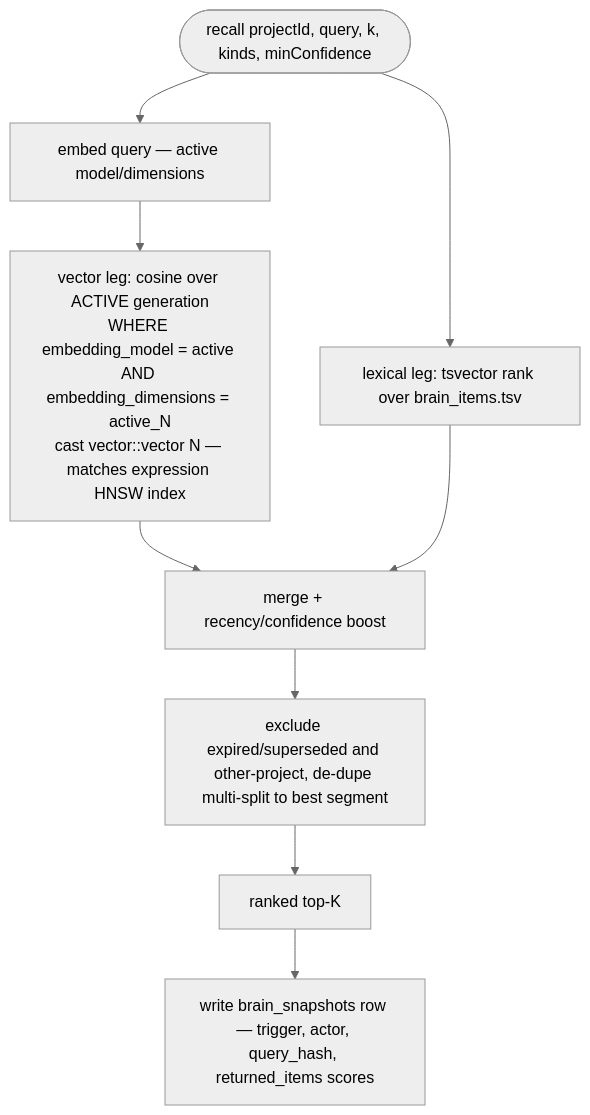
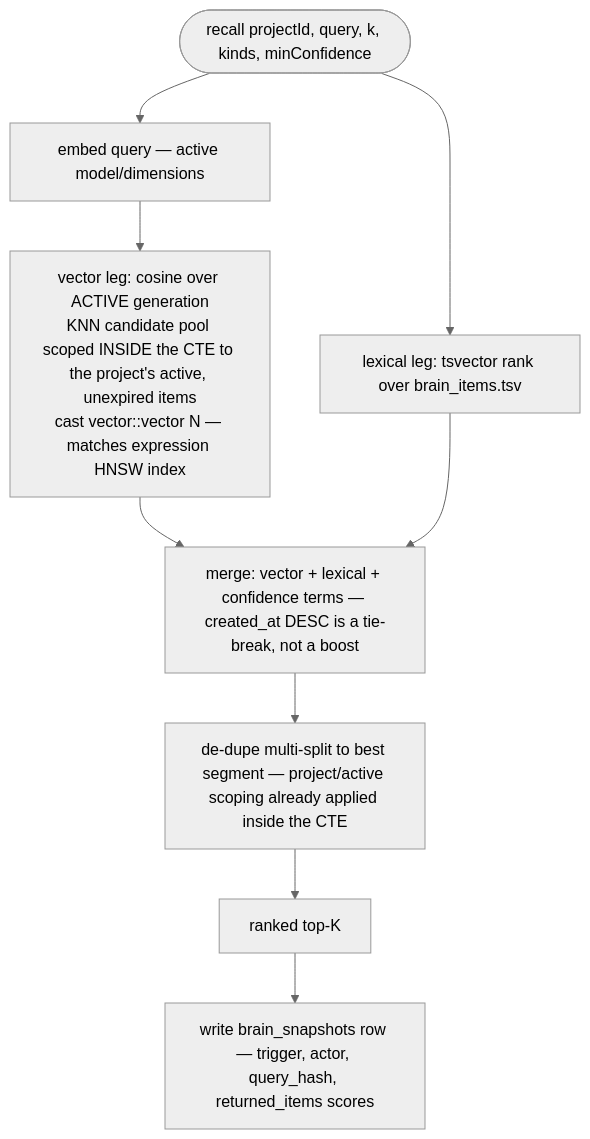
One commit to maister-dev/maister changed the fifth of 7 diagrams in docs/system-analytics/project-brain.md. Above: the diagram before and after it, drawn with Mermaid (neutral theme). The commit also changed other lines of this file and 61 other files, not shown here.

````diff
--- a/docs/system-analytics/project-brain.md
+++ b/docs/system-analytics/project-brain.md
@@ -158,11 +197,11 @@
 ```mermaid
 flowchart TD
     Q([recall projectId, query, k, kinds, minConfidence]) --> QE[embed query — active model/dimensions]
-    QE --> VEC[vector leg: cosine over ACTIVE generation<br/>WHERE embedding_model = active AND embedding_dimensions = active_N<br/>cast vector::vector N — matches expression HNSW index]
+    QE --> VEC[vector leg: cosine over ACTIVE generation<br/>KNN candidate pool scoped INSIDE the CTE to the project's active, unexpired items<br/>cast vector::vector N — matches expression HNSW index]
     Q --> LEX[lexical leg: tsvector rank over brain_items.tsv]
-    VEC --> MERGE[merge + recency/confidence boost]
+    VEC --> MERGE[merge: vector + lexical + confidence terms — created_at DESC is a tie-break, not a boost]
     LEX --> MERGE
-    MERGE --> FILT[exclude expired/superseded and other-project, de-dupe multi-split to best segment]
+    MERGE --> FILT[de-dupe multi-split to best segment — project/active scoping already applied inside the CTE]
     FILT --> TOPK[ranked top-K]
     TOPK --> SNAP[write brain_snapshots row — trigger, actor, query_hash, returned_items scores]
 ```
````
